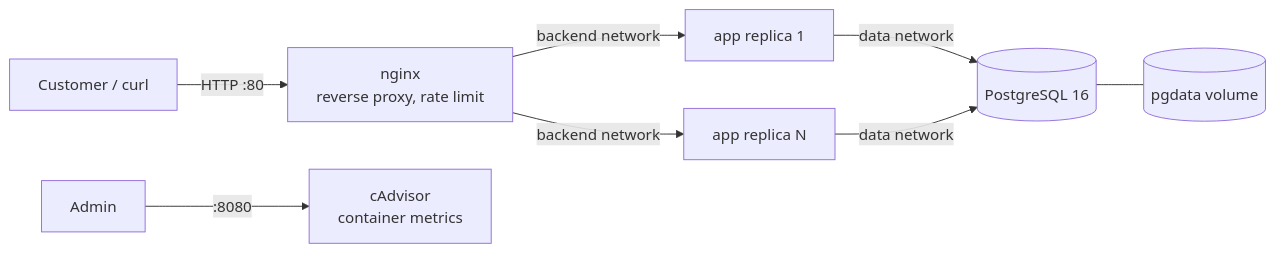
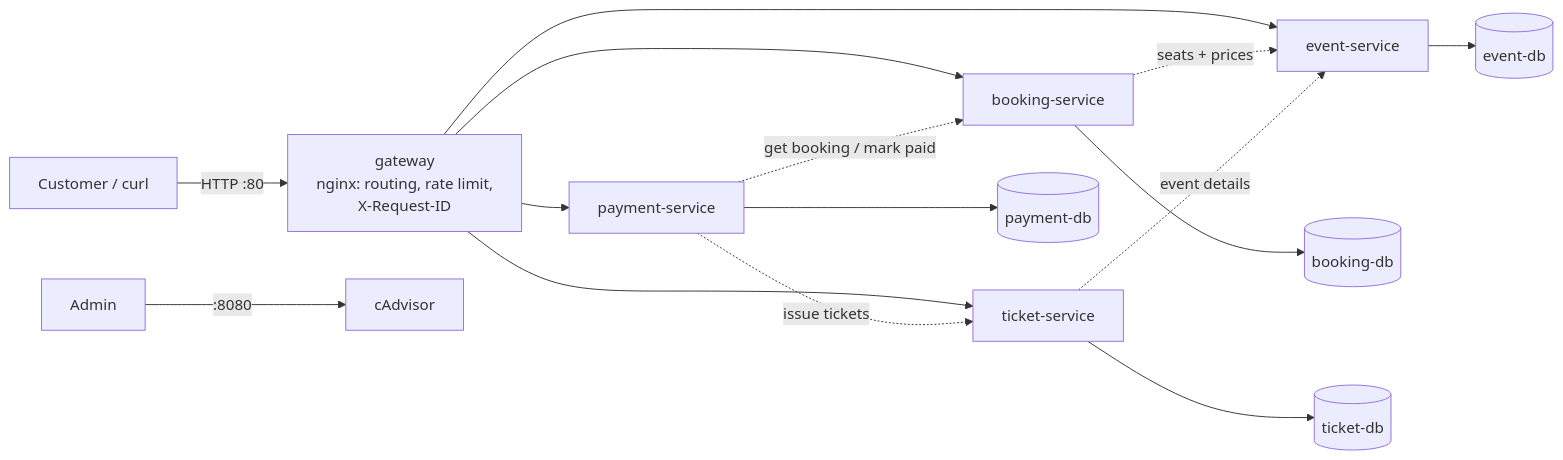
The first of 5 diagrams in docs/architecture.md (RealElbek/devops), drawn with Mermaid before and after one commit. The commit also changed other lines of this file and 62 other files, not shown here.

````diff
--- a/docs/architecture.md
+++ b/docs/architecture.md
@@ -5,10 +5,17 @@
 ```mermaid
 flowchart LR
-    user[Customer / curl] -->|HTTP :80| nginx[nginx<br/>reverse proxy, rate limit]
-    nginx -->|backend network| app1[app replica 1]
-    nginx -->|backend network| app2[app replica N]
-    app1 -->|data network| db[(PostgreSQL 16)]
-    app2 -->|data network| db
-    db --- vol[(pgdata volume)]
-    admin[Admin] -->|:8080| cadvisor[cAdvisor<br/>container metrics]
+    user[Customer / curl] -->|HTTP :80| gw[gateway<br/>nginx: routing, rate limit,<br/>X-Request-ID]
+    gw --> ev[event-service]
+    gw --> bk[booking-service]
+    gw --> pay[payment-service]
+    gw --> tk[ticket-service]
+    bk -. "seats + prices" .-> ev
+    pay -. "get booking / mark paid" .-> bk
+    pay -. "issue tickets" .-> tk
+    tk -. "event details" .-> ev
+    ev --> evdb[(event-db)]
+    bk --> bkdb[(booking-db)]
+    pay --> paydb[(payment-db)]
+    tk --> tkdb[(ticket-db)]
+    admin[Admin] -->|:8080| cadvisor[cAdvisor]
 ```
````
